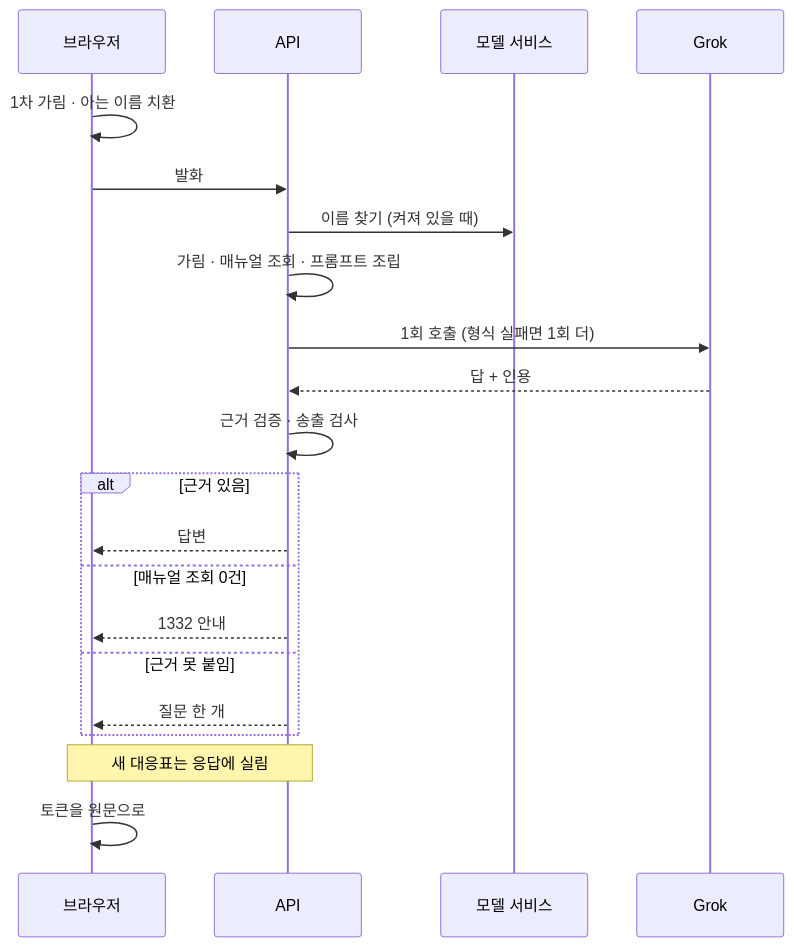
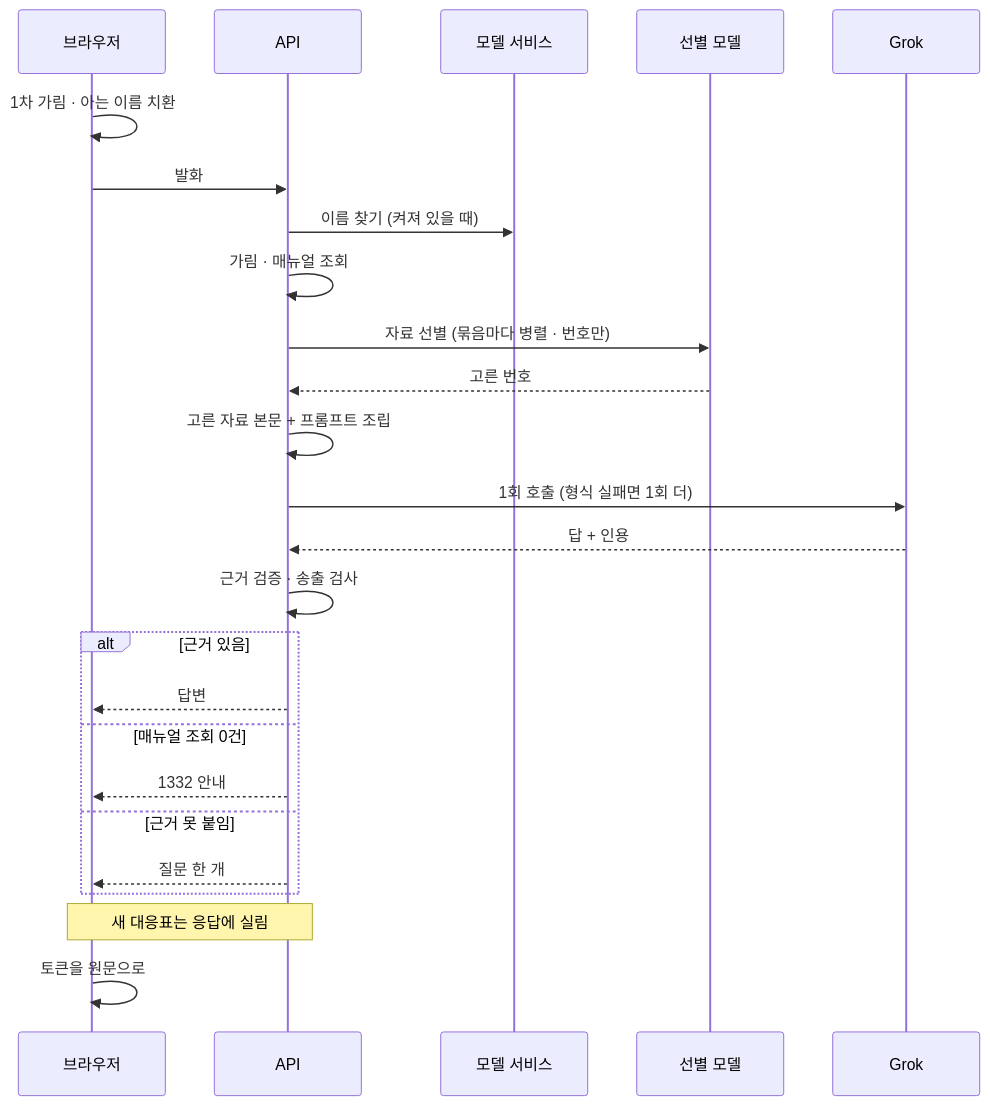
The tenth of 10 diagrams in ARCHITECTURE.md (Dojaegyum/fsec-ai-challenge), drawn with Mermaid before and after one commit. The commit also changed other lines of this file and 41 other files, not shown here.

````diff
--- a/ARCHITECTURE.md
+++ b/ARCHITECTURE.md
@@ -388,25 +391,29 @@
 ```mermaid
 sequenceDiagram
     participant B as 브라우저
     participant A as API
     participant M as 모델 서비스
+    participant F as 선별 모델
     participant G as Grok
 
     B->>B: 1차 가림 · 아는 이름 치환
     B->>A: 발화
     A->>M: 이름 찾기 (켜져 있을 때)
-    A->>A: 가림 · 매뉴얼 조회 · 프롬프트 조립
+    A->>A: 가림 · 매뉴얼 조회
+    A->>F: 자료 선별 (묶음마다 병렬 · 번호만)
+    F-->>A: 고른 번호
+    A->>A: 고른 자료 본문 + 프롬프트 조립
     A->>G: 1회 호출 (형식 실패면 1회 더)
     G-->>A: 답 + 인용
     A->>A: 근거 검증 · 송출 검사
 
     alt 근거 있음
         A-->>B: 답변
     else 매뉴얼 조회 0건
         A-->>B: 1332 안내
     else 근거 못 붙임
         A-->>B: 질문 한 개
     end
     Note over B,A: 새 대응표는 응답에 실림
     B->>B: 토큰을 원문으로
 ```
````
